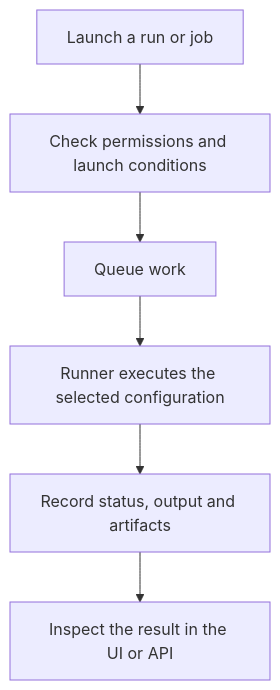
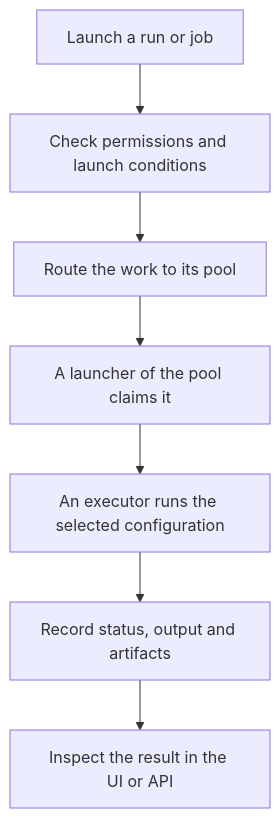
One commit to vhco-pro/stackweaver-frontend changed the second of 2 diagrams in docs/architecture/README.md. Above: the diagram before and after it, drawn with Mermaid. The commit also changed other lines of this file and 118 other files, not shown here.

````diff
--- a/docs/architecture/README.md
+++ b/docs/architecture/README.md
@@ -84,8 +92,9 @@
 ```mermaid
 flowchart TB
     Launch["Launch a run or job"] --> Checks["Check permissions and launch conditions"]
-    Checks --> Pending["Queue work"]
-    Pending --> Execute["Runner executes the selected configuration"]
+    Checks --> Pending["Route the work to its pool"]
+    Pending --> Claim["A launcher of the pool claims it"]
+    Claim --> Execute["An executor runs the selected configuration"]
     Execute --> Result["Record status, output and artifacts"]
     Result --> Inspect["Inspect the result in the UI or API"]
 ```
````
